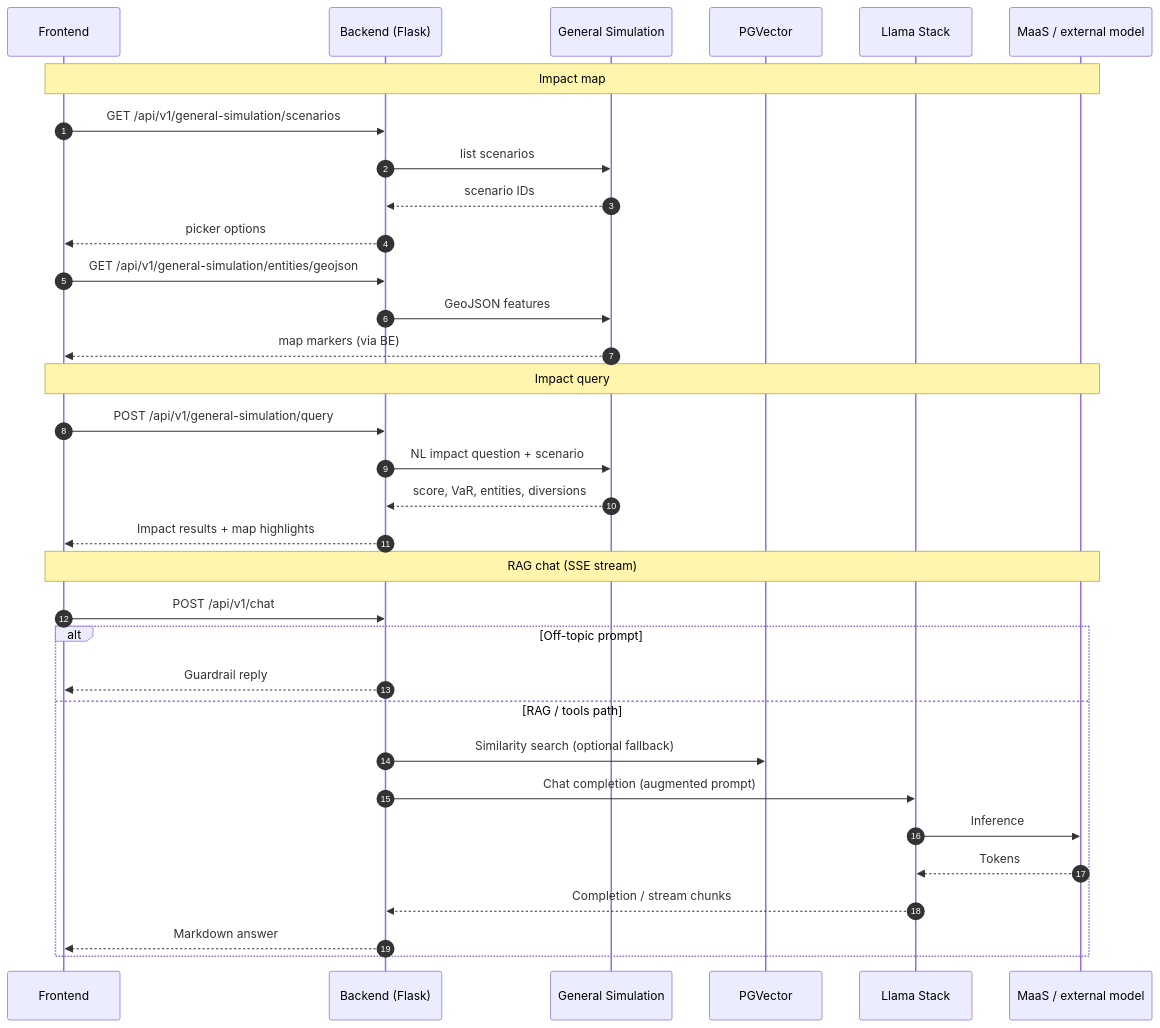
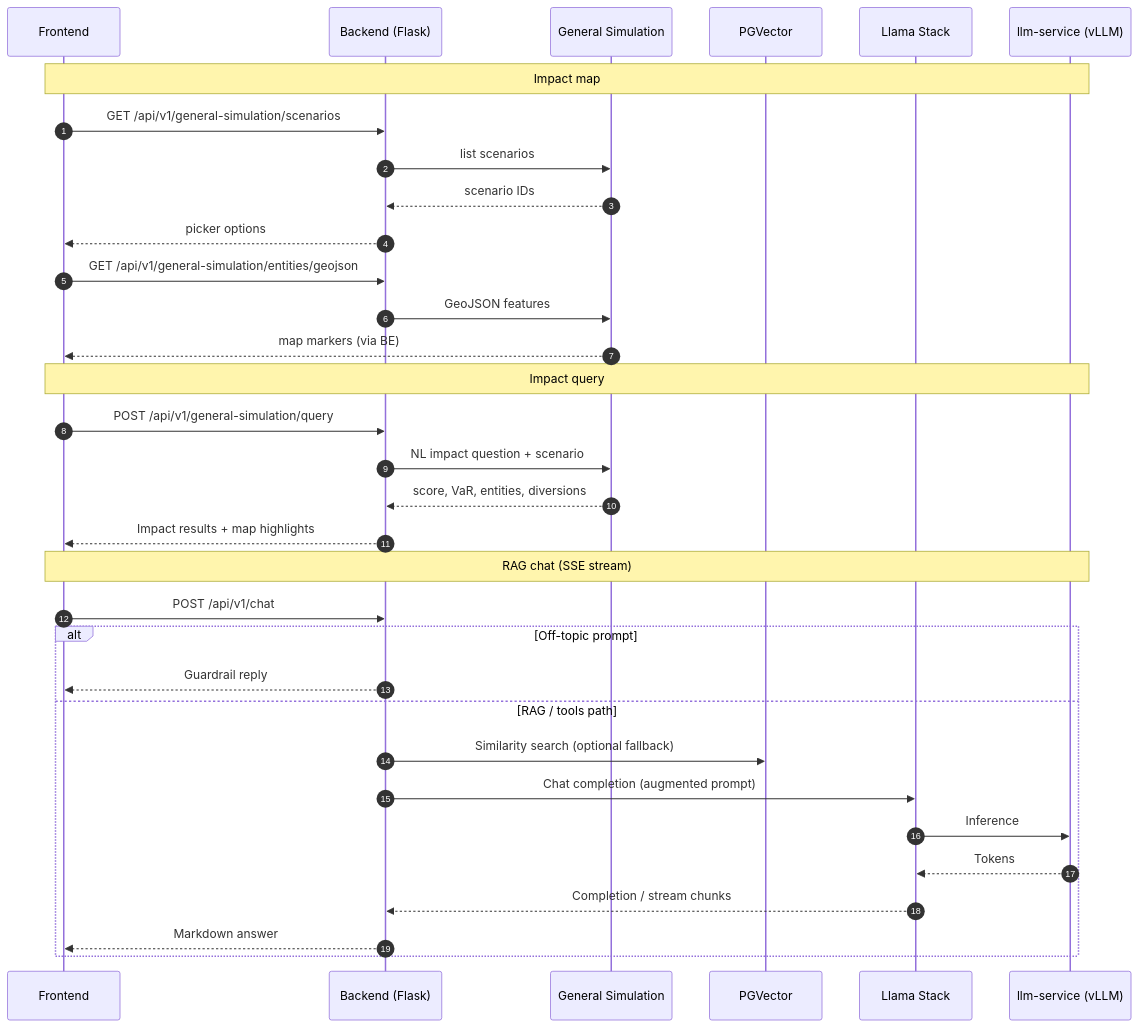
Before and after one commit to mhdawson/ai-supply-chain-agent: the second of 2 diagrams in README.md, drawn with Mermaid. The commit also changed other lines of this file and 22 other files, not shown here.

````diff
--- a/README.md
+++ b/README.md
@@ -111,38 +106,38 @@
 ```mermaid
 sequenceDiagram
   autonumber
   participant UI as Frontend
   participant BE as Backend (Flask)
   participant GS as General Simulation
   participant PG as PGVector
   participant LS as Llama Stack
-  participant LLM as MaaS / external model
+  participant VLLM as llm-service (vLLM)
 
-  Note over UI,LLM: Impact map
+  Note over UI,VLLM: Impact map
   UI->>BE: GET /api/v1/general-simulation/scenarios
   BE->>GS: list scenarios
   GS-->>BE: scenario IDs
   BE-->>UI: picker options
   UI->>BE: GET /api/v1/general-simulation/entities/geojson
   BE->>GS: GeoJSON features
   GS-->>UI: map markers (via BE)
 
-  Note over UI,LLM: Impact query
+  Note over UI,VLLM: Impact query
   UI->>BE: POST /api/v1/general-simulation/query
   BE->>GS: NL impact question + scenario
   GS-->>BE: score, VaR, entities, diversions
   BE-->>UI: Impact results + map highlights
 
-  Note over UI,LLM: RAG chat (SSE stream)
+  Note over UI,VLLM: RAG chat (SSE stream)
   UI->>BE: POST /api/v1/chat
   alt Off-topic prompt
     BE-->>UI: Guardrail reply
   else RAG / tools path
     BE->>PG: Similarity search (optional fallback)
     BE->>LS: Chat completion (augmented prompt)
-    LS->>LLM: Inference
-    LLM-->>LS: Tokens
+    LS->>VLLM: Inference
+    VLLM-->>LS: Tokens
     LS-->>BE: Completion / stream chunks
     BE-->>UI: Markdown answer
   end
 ```
````
